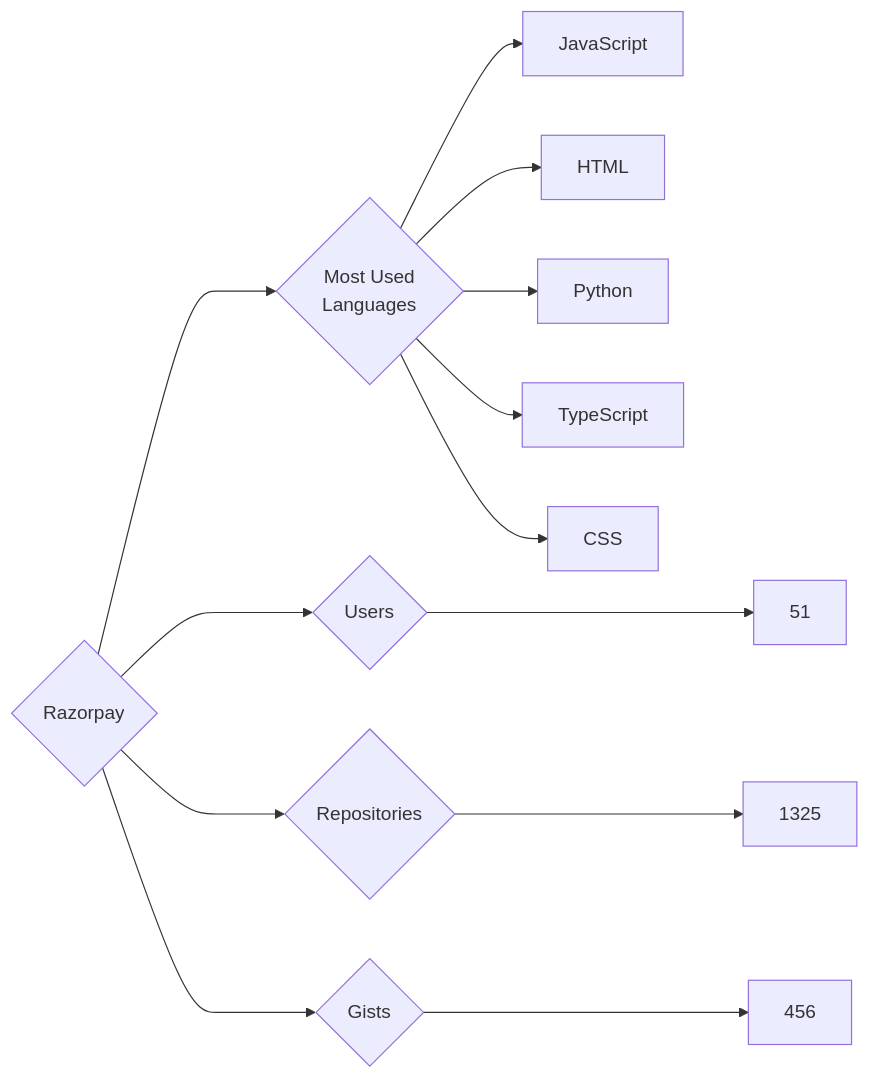
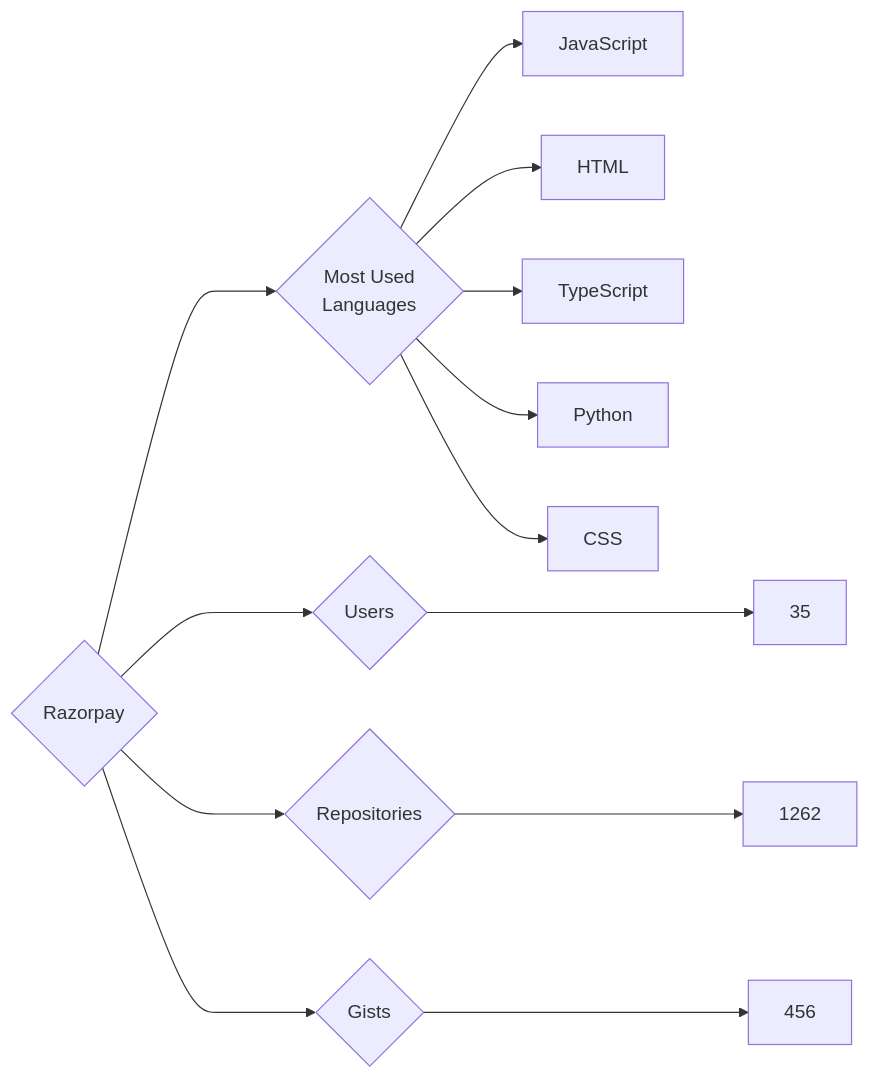
The diagram in targets/Razorpay/README.md (trickest/insiders), drawn with Mermaid before and after one commit. The commit also changed 799 other files, not shown here.

````diff
--- a/targets/Razorpay/README.md
+++ b/targets/Razorpay/README.md
@@ -3,13 +3,13 @@
 ```mermaid
 graph LR
 COMPANY_NAME{Razorpay}
-COMPANY_NAME ---> U{Users} ---> UN[51]
-COMPANY_NAME ---> R{Repositories} ---> RN[1325]
+COMPANY_NAME ---> U{Users} ---> UN[35]
+COMPANY_NAME ---> R{Repositories} ---> RN[1262]
 COMPANY_NAME ---> G{Gists} ---> GN[456]
 COMPANY_NAME ---> ML{Most Used<br>Languages}
 ML --> JavaScript[JavaScript]
 ML --> HTML[HTML]
+ML --> TypeScript[TypeScript]
 ML --> Python[Python]
-ML --> TypeScript[TypeScript]
 ML --> CSS[CSS]
 ```
````
